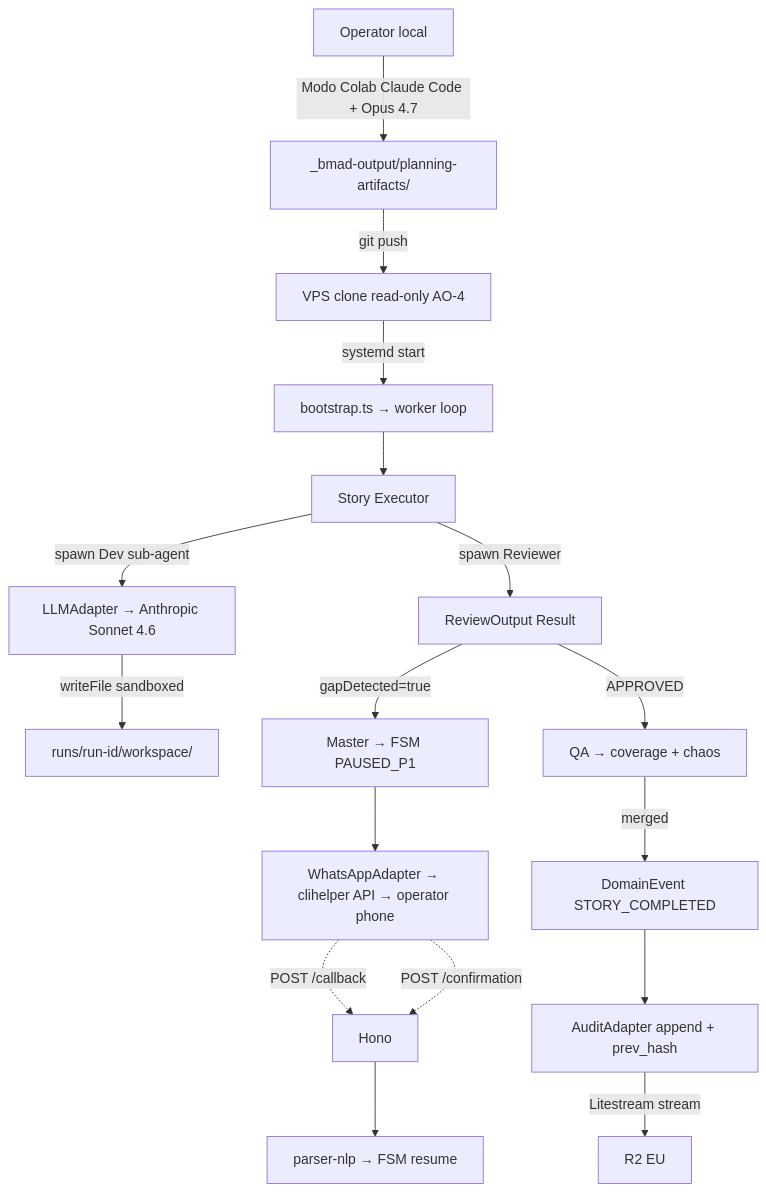
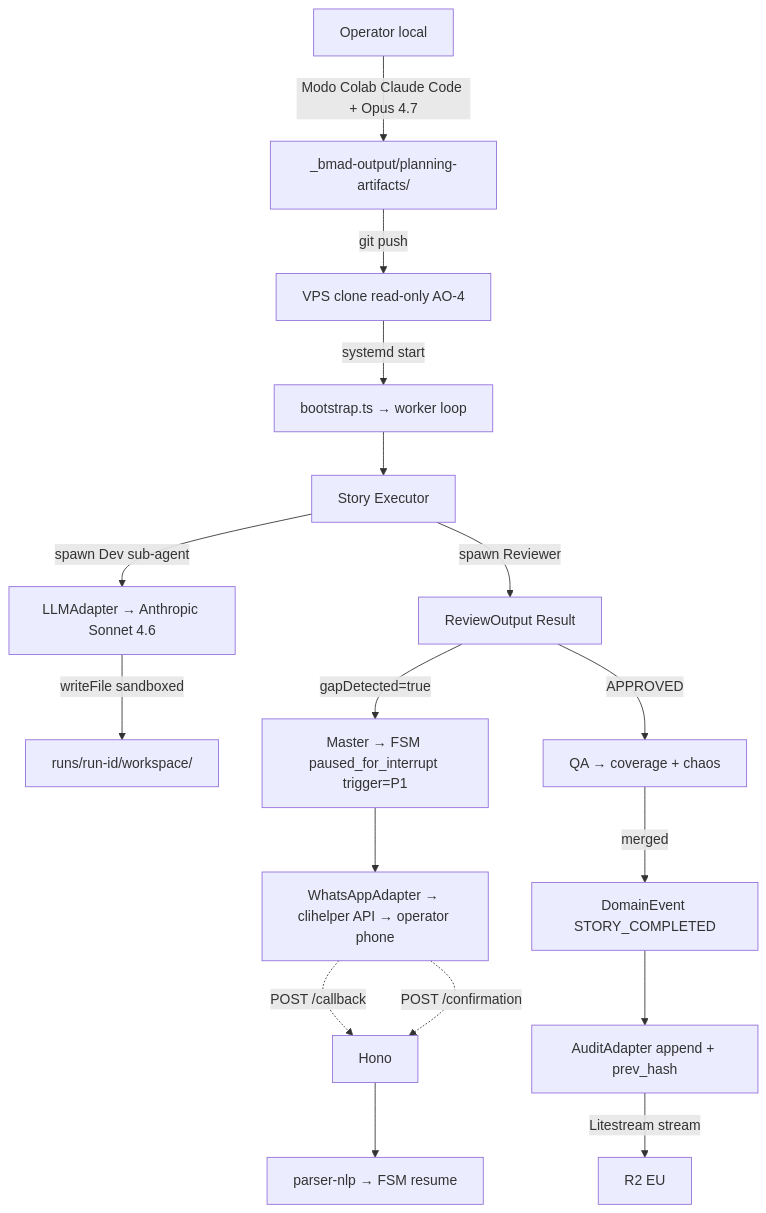
The diagram in _bmad-output/planning-artifacts/architecture.md (todo-tips-solucoes/project_hdd), drawn with Mermaid before and after one commit. The commit also changed other lines of this file and 1 other file, not shown here.

First line of the commit message:
docs: reconcilia epics.md + architecture.md com canon ratificado em Sprint 0 Day 2 (5 items)

````diff
--- a/_bmad-output/planning-artifacts/architecture.md
+++ b/_bmad-output/planning-artifacts/architecture.md
@@ -1594,19 +1597,19 @@
 ```mermaid
 flowchart TD
     A[Operator local] -->|Modo Colab Claude Code + Opus 4.7| B[_bmad-output/planning-artifacts/]
     B -->|git push| C[VPS clone read-only AO-4]
     C -->|systemd start| D[bootstrap.ts → worker loop]
     D --> E[Story Executor]
     E -->|spawn Dev sub-agent| F[LLMAdapter → Anthropic Sonnet 4.6]
     F -->|writeFile sandboxed| G[runs/run-id/workspace/]
     E -->|spawn Reviewer| H[ReviewOutput Result]
-    H -->|gapDetected=true| I[Master → FSM PAUSED_P1]
+    H -->|gapDetected=true| I[Master → FSM paused_for_interrupt trigger=P1]
     I --> J[WhatsAppAdapter → clihelper API → operator phone]
     J -.->|POST /callback| K[Hono]
     J -.->|POST /confirmation| K
     K --> L[parser-nlp → FSM resume]
     H -->|APPROVED| M[QA → coverage + chaos]
     M -->|merged| N[DomainEvent STORY_COMPLETED]
     N --> O[AuditAdapter append + prev_hash]
     O -->|Litestream stream| P[R2 EU]
 ```
````
